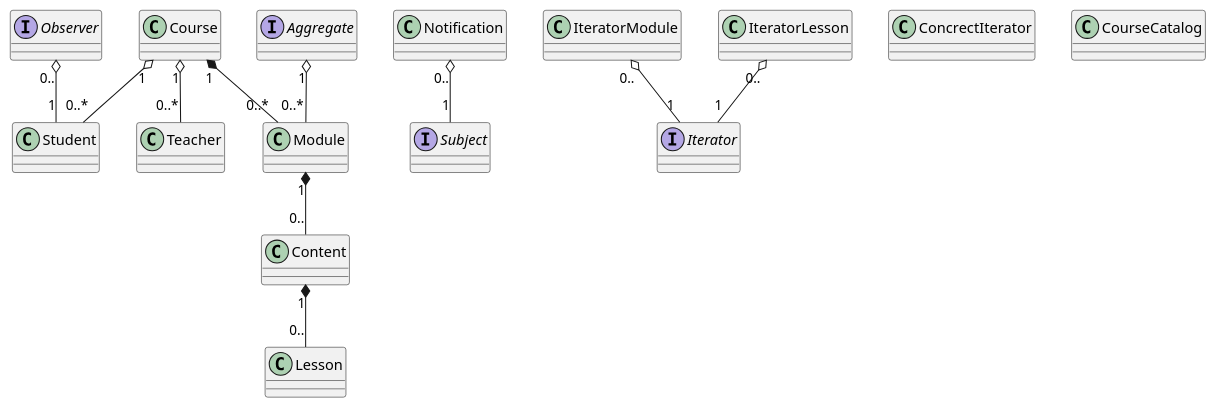
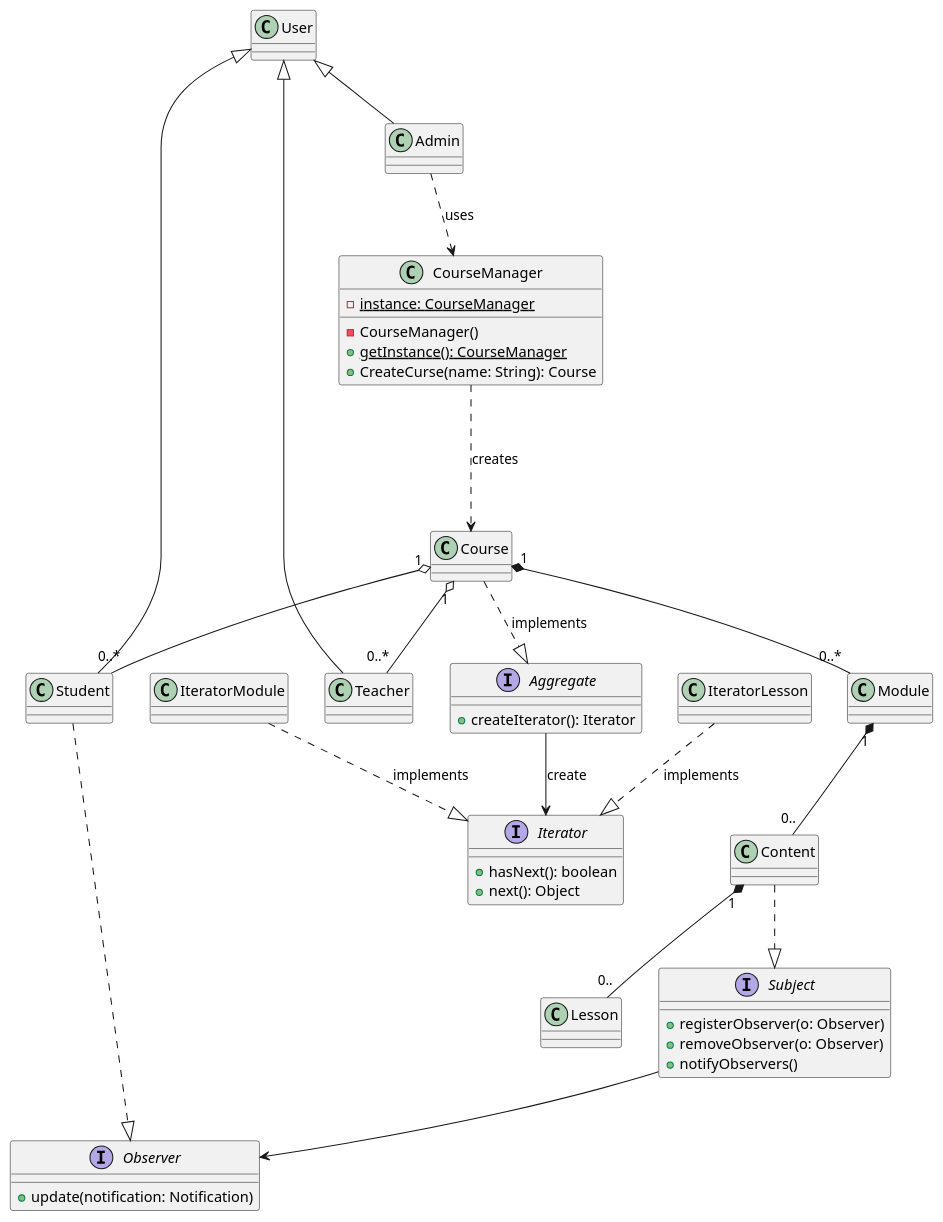
Before and after one commit to Smithzz24/CursosVirtuales: the diagram in diagramaClases.puml, drawn with PlantUML. The commit also changed 2 other files, not shown here.

Commit message:
Actulizar patron

```diff
--- a/diagramaClases.puml
+++ b/diagramaClases.puml
@@ -1,88 +1,112 @@
 @startuml CursoVirtual
+Class User{
+    
+}
 Class Student{
+
+}
+
+class Admin{
 
 }
 
 Class Course{
 
 }
 
 Class Module{
 
 }
 
 Class Lesson{
 
 }
 
-Class Notification{
-
-}
-
 Class Content{
 
 }
 
 Class Teacher{
 
 }
 
+
 ''Patron Observer
 Interface Observer{
+    +update(notification: Notification)
 
 }
 
 Interface Subject{
+    +registerObserver(o: Observer)
+    +removeObserver(o: Observer)
+    +notifyObservers()
 
 }
 
 '' Patron Iterator
 interface Iterator{
+    +hasNext(): boolean
+    +next(): Object
 
 }
 
 Class IteratorModule{
+
 
 }
 
 class IteratorLesson{
 
 }
 
 Interface Aggregate{
-
-}
-
-Class ConcrectIterator{
+    +createIterator(): Iterator
 
 }
 
 
 '' Singleton
-Class CourseCatalog{
+Class CourseManager{
+    -instance: CourseManager {static}
+    -CourseManager()
+    +getInstance(): CourseManager {static}
+    +CreateCurse(name: String): Course
     
 }
 
 
 
 
 
 
 
 '' Relaciones
+User <|-- Student
+User <|-- Teacher
+User <|-- Admin
 Course "1" *-- "0..*" Module
 Module "1" *-- "0.." Content
 Content "1" *-- "0.." Lesson
 Course "1" o-- "0..*" Teacher
 Course "1" o-- "0..*" Student
-Aggregate "1" o-- "0..*" Module
-IteratorLesson "0.." o-- "1" Iterator
+
+'' Patron Iterator
+Aggregate -->  Iterator :create
+Course ..|> Aggregate  : implements
+IteratorModule ..|> Iterator : implements
+IteratorLesson ..|> Iterator : implements
+
 
 '' Patron Observer
-Observer "0.." o-- "1" Student
-Notification "0.." o-- "1" Subject
-IteratorModule "0.." o-- "1" Iterator
+Student ..|> Observer
+Content ..|> Subject
+Subject --> Observer
+
+''patron Singleton
+CourseManager ...> Course : creates
+Admin ..> CourseManager : uses
 
 
 
 @enduml
```
